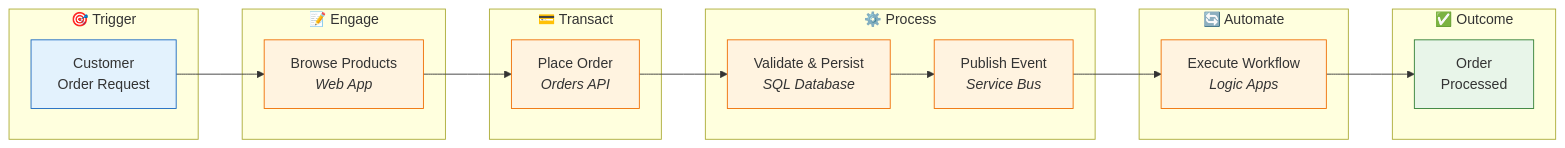
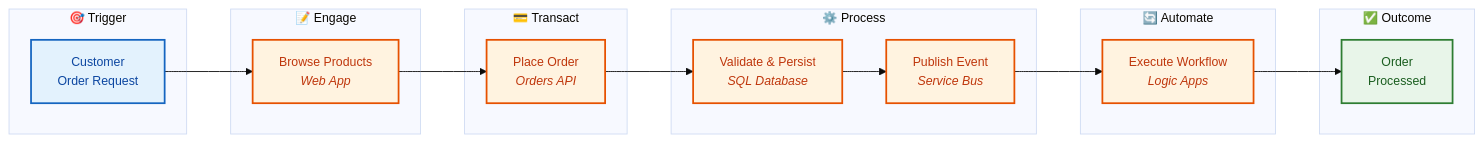
One commit to Evilazaro/Azure-LogicApps-Monitoring changed the second of 2 diagrams in docs/architecture/01-business-architecture.md. Above: the diagram before and after it, drawn with Mermaid. The commit also changed other lines of this file, not shown here.

Commit message:
Enhance business architecture documentation with improved Mermaid diagram styles and accessibility features

````diff
--- a/docs/architecture/01-business-architecture.md
+++ b/docs/architecture/01-business-architecture.md
@@ -116,37 +118,39 @@
 ```mermaid
+%%{init: {'theme': 'base', 'themeVariables': { 'fontSize': '14px'}}}%%
 flowchart LR
     subgraph Trigger["🎯 Trigger"]
         T1["Customer<br/>Order Request"]
     end
 
     subgraph Engage["📝 Engage"]
         S1["Browse Products<br/><i>Web App</i>"]
     end
 
     subgraph Transact["💳 Transact"]
         S2["Place Order<br/><i>Orders API</i>"]
     end
 
     subgraph Process["⚙️ Process"]
         S3["Validate & Persist<br/><i>SQL Database</i>"]
         S4["Publish Event<br/><i>Service Bus</i>"]
     end
 
     subgraph Automate["🔄 Automate"]
         S5["Execute Workflow<br/><i>Logic Apps</i>"]
     end
 
     subgraph Outcome["✅ Outcome"]
         O1["Order<br/>Processed"]
     end
 
     T1 --> S1 --> S2 --> S3 --> S4 --> S5 --> O1
 
-    classDef trigger fill:#e3f2fd,stroke:#1565c0
-    classDef stage fill:#fff3e0,stroke:#ef6c00
-    classDef outcome fill:#e8f5e9,stroke:#2e7d32
+    %% Accessible color palette with clear visual progression
+    classDef trigger fill:#e3f2fd,stroke:#1565c0,stroke-width:2px,color:#0d47a1
+    classDef stage fill:#fff3e0,stroke:#e65100,stroke-width:2px,color:#bf360c
+    classDef outcome fill:#e8f5e9,stroke:#2e7d32,stroke-width:2px,color:#1b5e20
 
     class T1 trigger
     class S1,S2,S3,S4,S5 stage
     class O1 outcome
 ```
````
